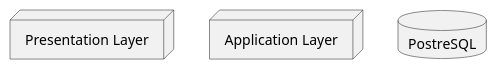
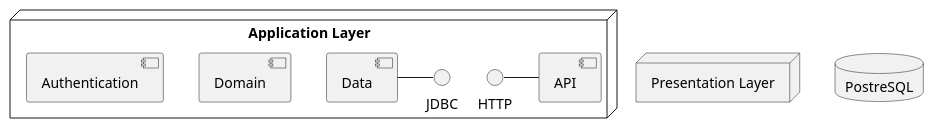
One commit to SWEN900072021/2Pizzas changed the diagram in docs/diagrams/logical-highlevel.puml. Above: the diagram before and after it, drawn with PlantUML. The commit also changed 33 other files, not shown here.

```diff
--- a/docs/diagrams/logical-highlevel.puml
+++ b/docs/diagrams/logical-highlevel.puml
@@ -1,15 +1,21 @@
 @startuml
 
 node "Presentation Layer" {
+
 
 }
 
 node "Application Layer" {
 
+  HTTP - [API]
+  [Domain]
+  [Data] - JDBC
+  [Authentication]
+
 }
 
 database "PostreSQL" {
-  
+
 }
 
 @enduml
```
